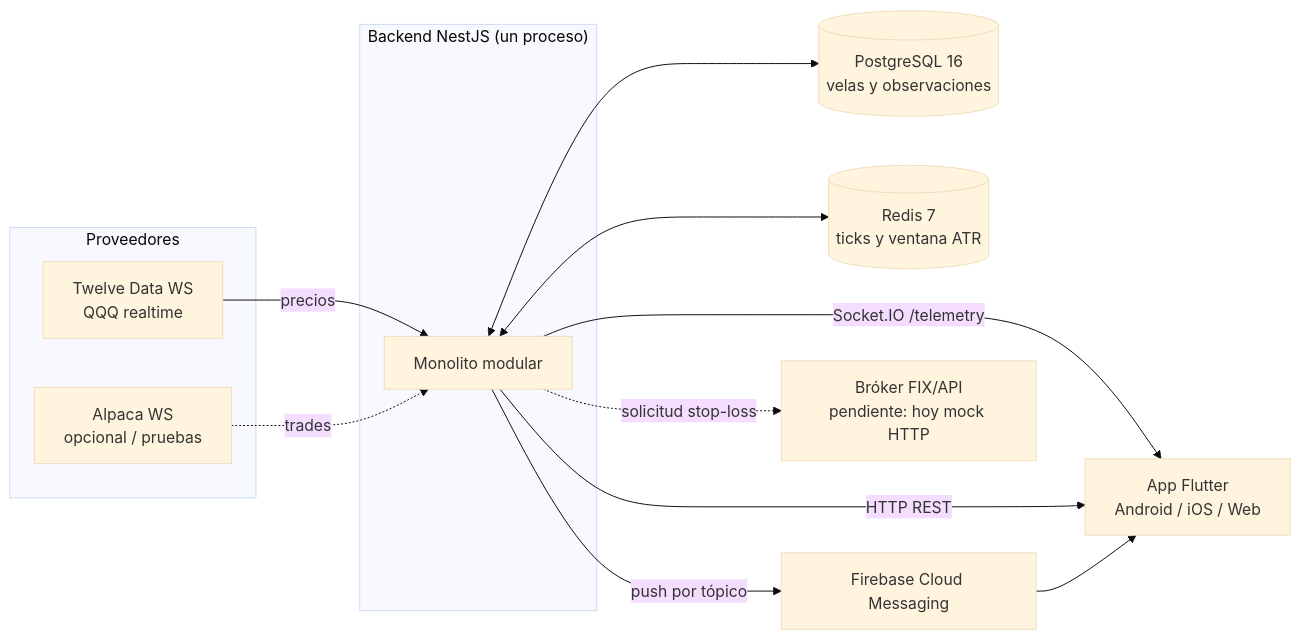
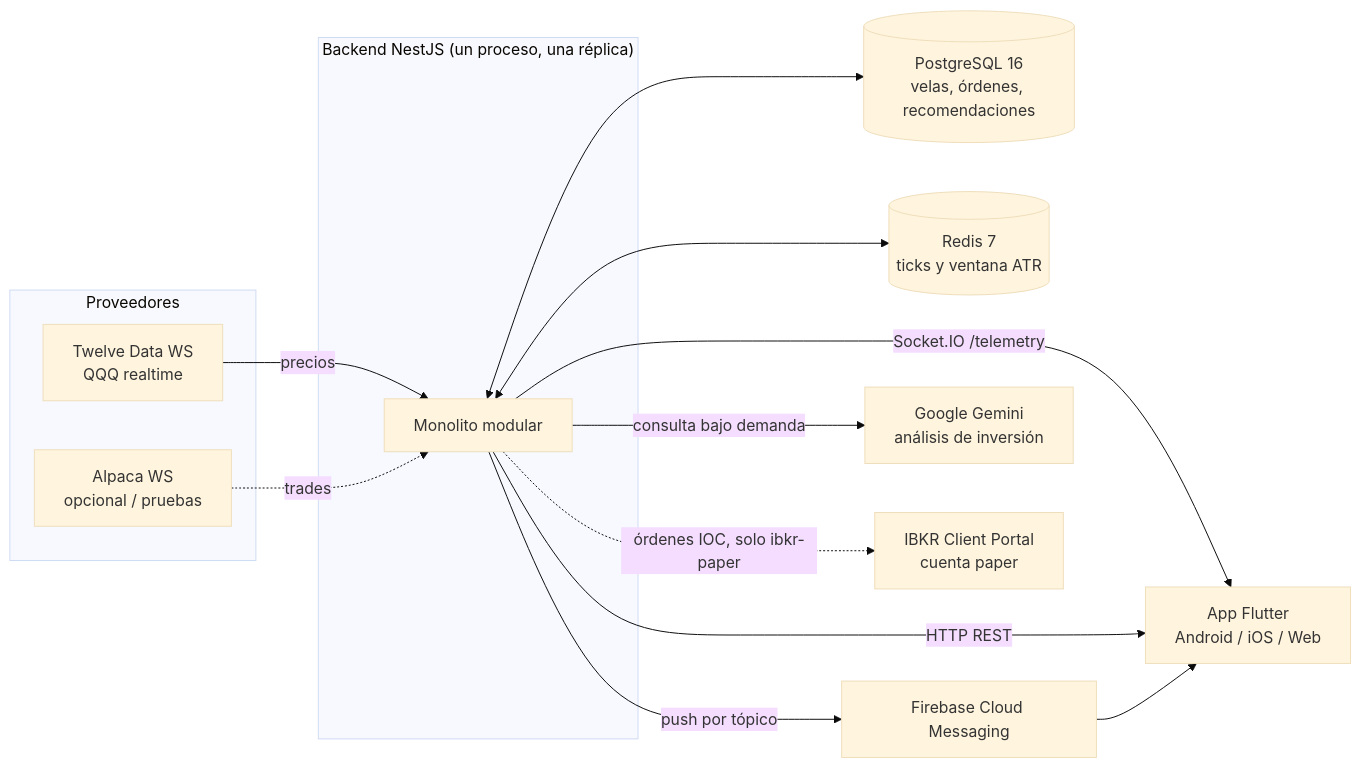
Before and after one commit to danrtx/RiTech-SAS: the first of 5 diagrams in docs/arquitectura.md, drawn with Mermaid (base theme). The commit also changed other lines of this file and 4 other files, not shown here.

````diff
--- a/docs/arquitectura.md
+++ b/docs/arquitectura.md
@@ -7,24 +7,26 @@
 ```mermaid
 flowchart LR
   subgraph Proveedores
     TD[Twelve Data WS<br/>QQQ realtime]
     AP[Alpaca WS<br/>opcional / pruebas]
   end
-  subgraph Backend["Backend NestJS (un proceso)"]
+  subgraph Backend["Backend NestJS (un proceso, una réplica)"]
     BE[Monolito modular]
   end
-  PG[(PostgreSQL 16<br/>velas y observaciones)]
+  PG[(PostgreSQL 16<br/>velas, órdenes, recomendaciones)]
   RD[(Redis 7<br/>ticks y ventana ATR)]
   FCM[Firebase Cloud Messaging]
+  GEM[Google Gemini<br/>análisis de inversión]
+  IBKR[IBKR Client Portal<br/>cuenta paper]
   APP[App Flutter<br/>Android / iOS / Web]
-  BRK[Bróker FIX/API<br/>pendiente: hoy mock HTTP]
 
   TD -->|precios| BE
   AP -.->|trades| BE
   BE <--> RD
   BE <--> PG
   BE -->|Socket.IO /telemetry| APP
   BE -->|HTTP REST| APP
   BE -->|push por tópico| FCM --> APP
-  BE -.->|solicitud stop-loss| BRK
+  BE -->|consulta bajo demanda| GEM
+  BE -.->|órdenes IOC, solo ibkr-paper| IBKR
 ```
````
